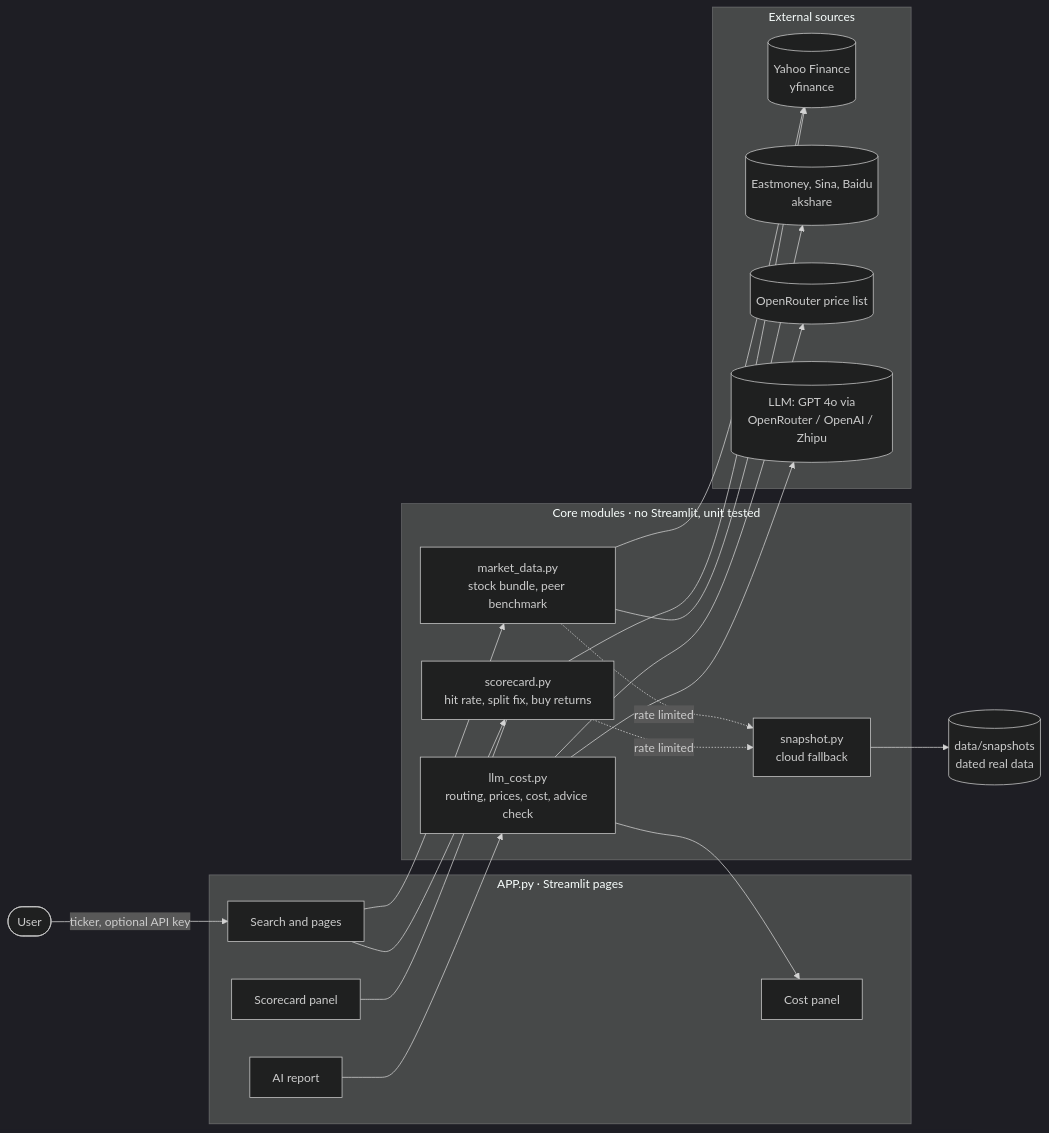
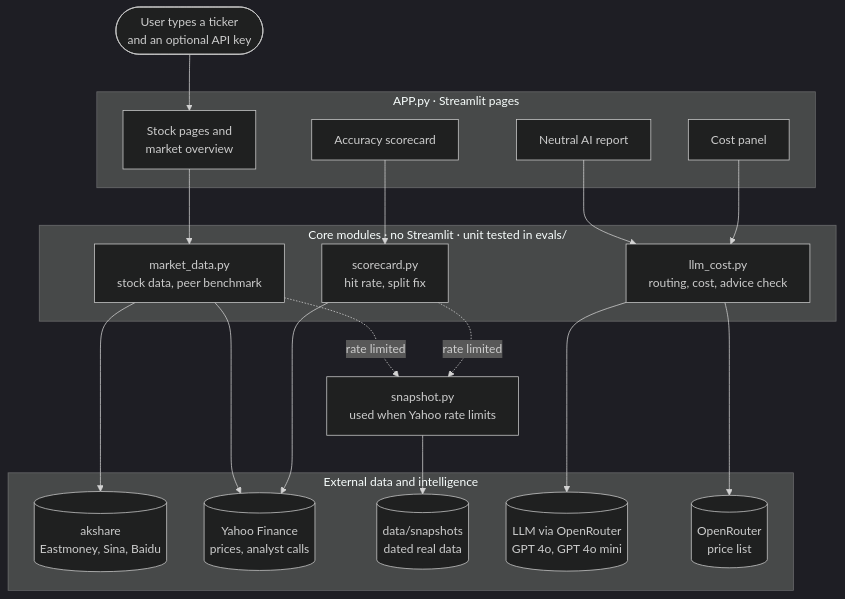
Before and after one commit to lyang091126-cmd/anti-securities: the diagram in PRODUCT.md, drawn with Mermaid (dark theme). The commit also changed other lines of this file and 14 other files, not shown here.

First line of the commit message:
chore: tidy repo for review, single copy of the app, clearer architecture diagram

````diff
--- a/PRODUCT.md
+++ b/PRODUCT.md
@@ -32,38 +32,41 @@
 ```mermaid
-flowchart LR
-    U([User]) -->|ticker, optional API key| UI
+flowchart TB
+    U([User types a ticker<br/>and an optional API key])
 
     subgraph APP["APP.py · Streamlit pages"]
-        UI[Search and pages]
-        SC[Scorecard panel]
-        RP[AI report]
+        UI[Stock pages and<br/>market overview]
+        SC[Accuracy scorecard]
+        RP[Neutral AI report]
         CP[Cost panel]
     end
 
-    subgraph CORE["Core modules · no Streamlit, unit tested"]
-        MD[market_data.py<br/>stock bundle, peer benchmark]
-        SCM[scorecard.py<br/>hit rate, split fix, buy returns]
-        LC[llm_cost.py<br/>routing, prices, cost, advice check]
-        SN[snapshot.py<br/>cloud fallback]
+    subgraph CORE["Core modules · no Streamlit · unit tested in evals/"]
+        MD[market_data.py<br/>stock data, peer benchmark]
+        SCM[scorecard.py<br/>hit rate, split fix]
+        LC[llm_cost.py<br/>routing, cost, advice check]
     end
 
-    subgraph EXT["External sources"]
-        YF[(Yahoo Finance<br/>yfinance)]
-        AK[(Eastmoney, Sina, Baidu<br/>akshare)]
-        OR[(OpenRouter price list)]
-        LLM[(LLM: GPT 4o via<br/>OpenRouter / OpenAI / Zhipu)]
+    SN[snapshot.py<br/>used when Yahoo rate limits]
+
+    subgraph EXT["External data and intelligence"]
+        AK[(akshare<br/>Eastmoney, Sina, Baidu)]
+        YF[(Yahoo Finance<br/>prices, analyst calls)]
+        DATA[(data/snapshots<br/>dated real data)]
+        LLM[(LLM via OpenRouter<br/>GPT 4o, GPT 4o mini)]
+        OR[(OpenRouter<br/>price list)]
     end
 
-    DATA[(data/snapshots<br/>dated real data)]
-
-    UI --> MD --> YF
+    U --> UI
+    UI --> MD
+    SC --> SCM
+    RP --> LC
+    CP --> LC
     MD --> AK
-    UI --> SCM --> YF
+    MD --> YF
+    SCM --> YF
     MD -. rate limited .-> SN
     SCM -. rate limited .-> SN
     SN --> DATA
-    RP --> LC --> LLM
+    LC --> LLM
     LC --> OR
-    LC --> CP
-    SC --- SCM
 ```
````
